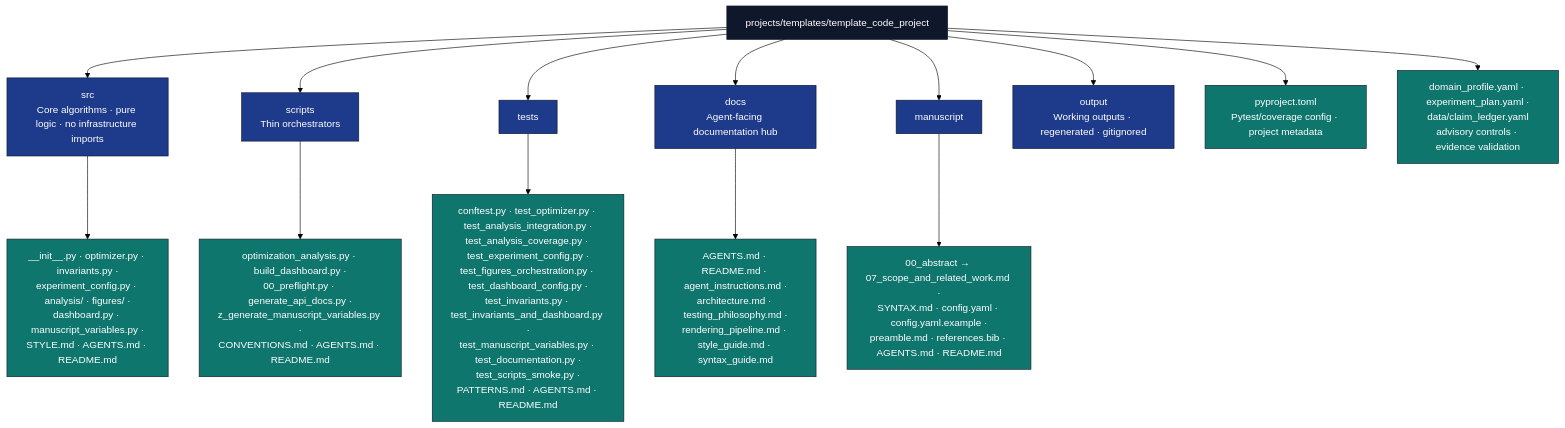
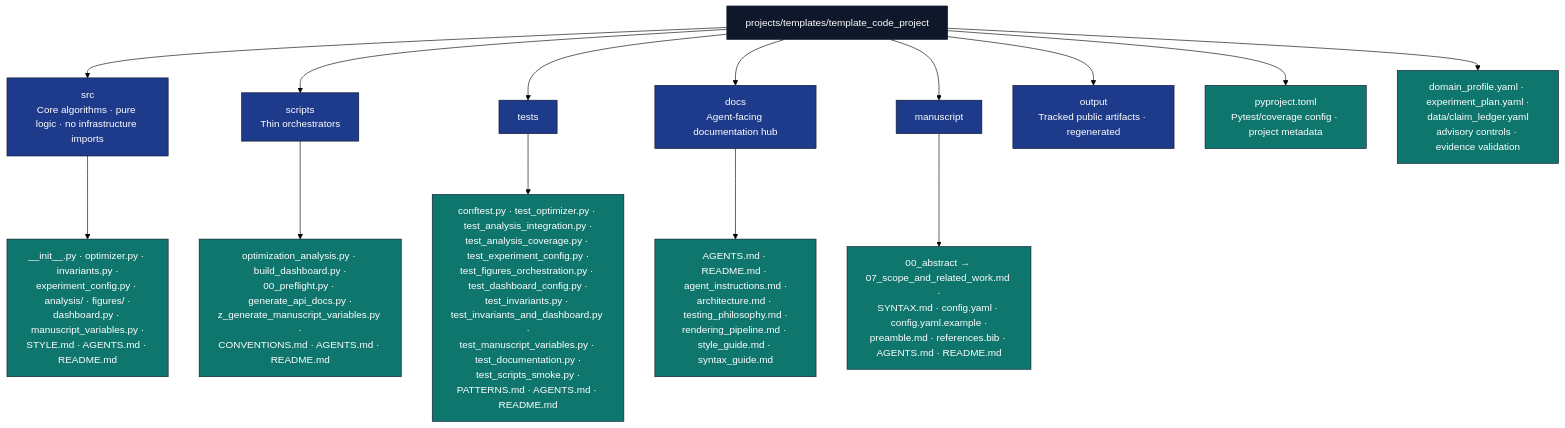
One commit to docxology/template changed the diagram in projects/templates/template_code_project/AGENTS.md. Above: the diagram before and after it, drawn with Mermaid (forest theme). The commit also changed 3858 other files, not shown here.

Commit message:
Track public template outputs

````diff
--- a/projects/templates/template_code_project/AGENTS.md
+++ b/projects/templates/template_code_project/AGENTS.md
@@ -71,25 +71,25 @@
 ```mermaid
 flowchart TB
     P[projects/templates/template_code_project]
     P --> SRC[src<br/>Core algorithms · pure logic · no infrastructure imports]
     P --> SC[scripts<br/>Thin orchestrators]
     P --> T[tests]
     P --> DOCS[docs<br/>Agent-facing documentation hub]
     P --> M[manuscript]
-    P --> OUT[output<br/>Working outputs · regenerated · gitignored]
+    P --> OUT[output<br/>Tracked public artifacts · regenerated]
     P --> PY[pyproject.toml<br/>Pytest/coverage config · project metadata]
     P --> DP[domain_profile.yaml · experiment_plan.yaml ·<br/>data/claim_ledger.yaml<br/>advisory controls · evidence validation]
 
     SRC --> SRC_F[__init__.py · optimizer.py · invariants.py ·<br/>experiment_config.py · analysis/ · figures/ ·<br/>dashboard.py · manuscript_variables.py ·<br/>STYLE.md · AGENTS.md · README.md]
     SC --> SC_F[optimization_analysis.py · build_dashboard.py ·<br/>00_preflight.py · generate_api_docs.py ·<br/>z_generate_manuscript_variables.py ·<br/>CONVENTIONS.md · AGENTS.md · README.md]
     T --> T_F[conftest.py · test_optimizer.py · test_analysis_integration.py ·<br/>test_analysis_coverage.py · test_experiment_config.py ·<br/>test_figures_orchestration.py · test_dashboard_config.py ·<br/>test_invariants.py · test_invariants_and_dashboard.py ·<br/>test_manuscript_variables.py · test_documentation.py ·<br/>test_scripts_smoke.py ·<br/>PATTERNS.md · AGENTS.md · README.md]
     DOCS --> DOCS_F[AGENTS.md · README.md · agent_instructions.md ·<br/>architecture.md · testing_philosophy.md ·<br/>rendering_pipeline.md · style_guide.md · syntax_guide.md]
     M --> M_F[00_abstract → 07_scope_and_related_work.md ·<br/>SYNTAX.md · config.yaml · config.yaml.example ·<br/>preamble.md · references.bib · AGENTS.md · README.md]
 
     classDef d fill:#0f172a,stroke:#0f172a,color:#fff
     classDef pkg fill:#1e3a8a,stroke:#0f172a,color:#fff
     classDef f fill:#0f766e,stroke:#0f172a,color:#fff
     class P d
     class SRC,SC,T,DOCS,M,OUT pkg
     class SRC_F,SC_F,T_F,DOCS_F,M_F,PY,DP f
 ```
````
